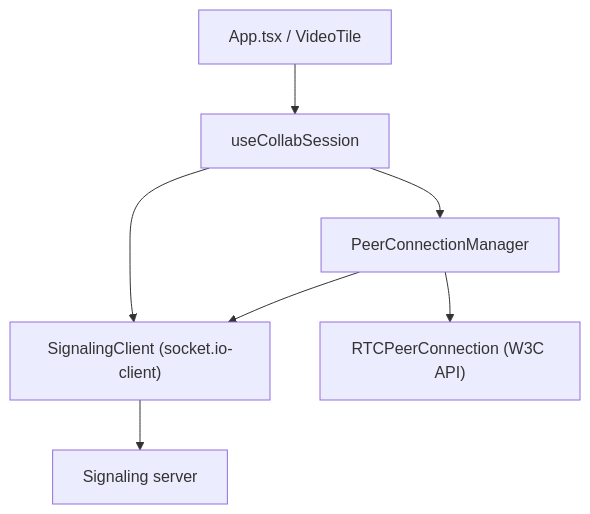
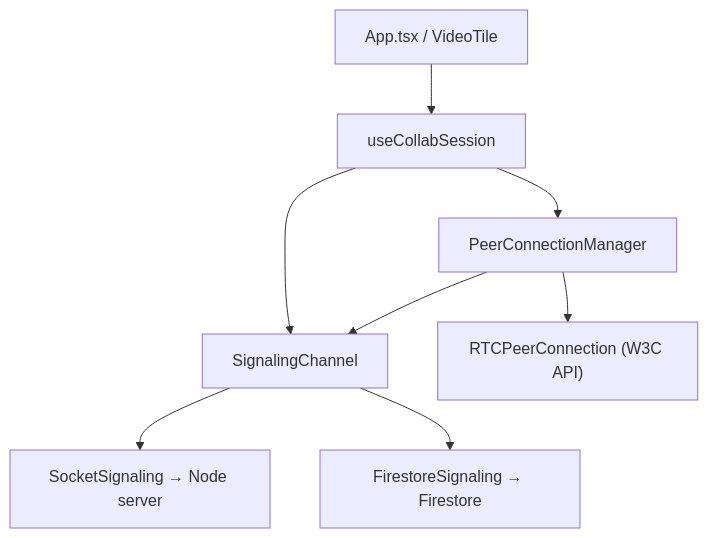
Before and after one commit to alexalghisi/collab: the second of 3 diagrams in README.md, drawn with Mermaid. The commit also changed other lines of this file, not shown here.

First line of the commit message:
docs: describe the Firestore and Socket.IO signaling transports

````diff
--- a/README.md
+++ b/README.md
@@ -88,9 +94,10 @@
 ```mermaid
 flowchart TD
   UI["App.tsx / VideoTile"] --> Hook["useCollabSession"]
   Hook --> Manager["PeerConnectionManager"]
-  Hook --> Client["SignalingClient (socket.io-client)"]
+  Hook --> Channel["SignalingChannel"]
   Manager --> RTC["RTCPeerConnection (W3C API)"]
-  Manager --> Client
-  Client --> Server["Signaling server"]
+  Manager --> Channel
+  Channel --> Sock["SocketSignaling → Node server"]
+  Channel --> Fire["FirestoreSignaling → Firestore"]
 ```
````
